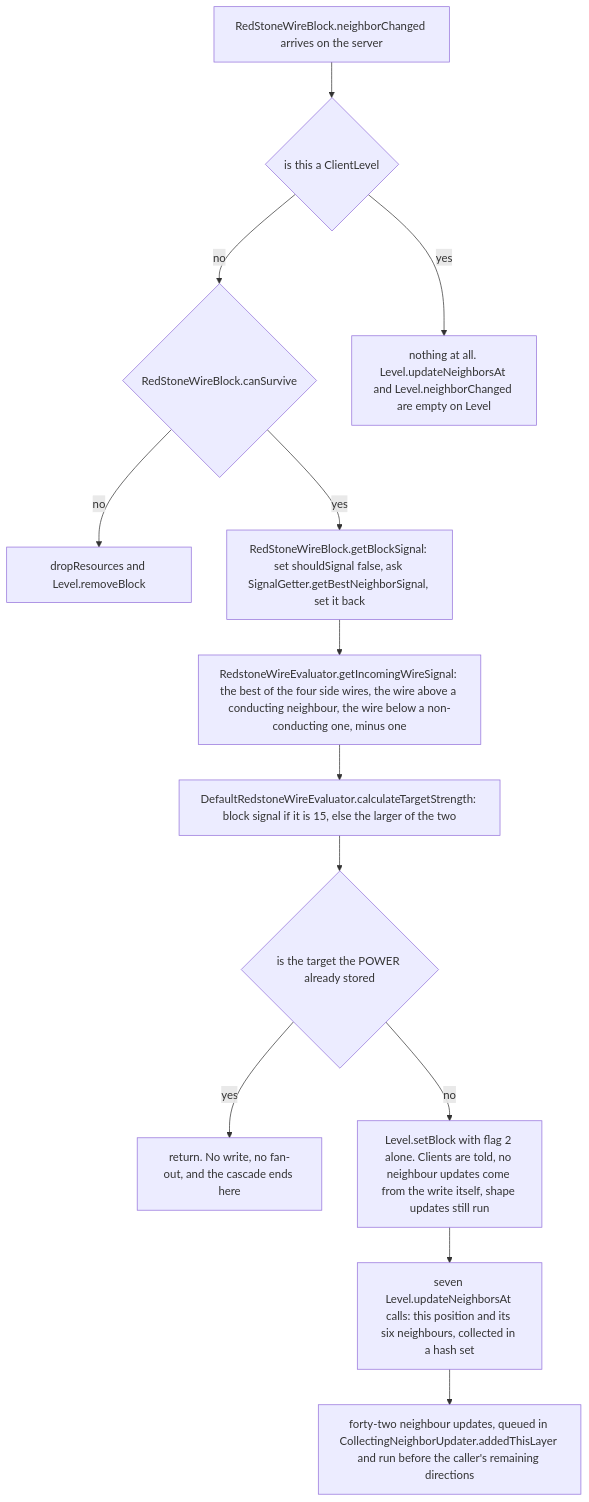
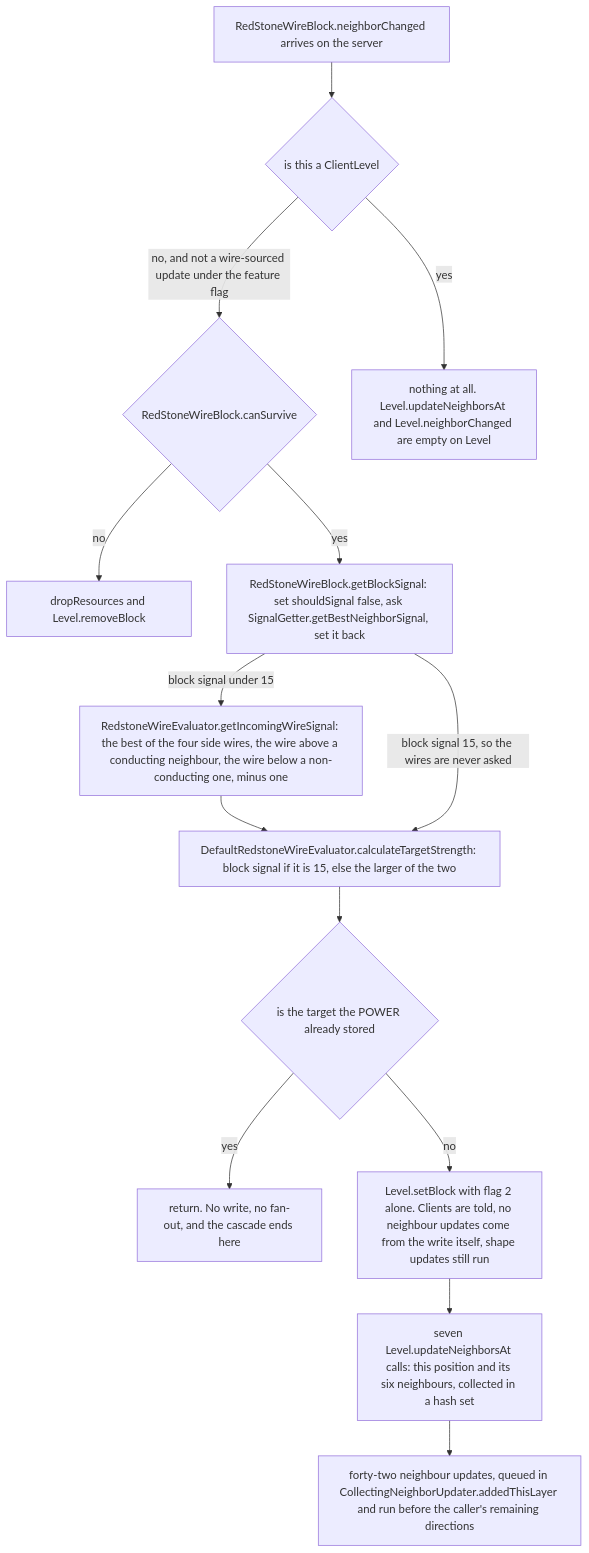
Before and after one commit to AlexanderjFraser/MinecraftDocs: the first of 2 diagrams in src/systems/blocks/signal-and-dust.md, drawn with Mermaid. The commit also changed other lines of this file and 13 other files, not shown here.

````diff
--- a/src/systems/blocks/signal-and-dust.md
+++ b/src/systems/blocks/signal-and-dust.md
@@ -41,24 +43,26 @@
 ```mermaid
 flowchart TB
     IN["RedStoneWireBlock.neighborChanged arrives on the server"]
     CLIENT{"is this a ClientLevel"}
     SURV{"RedStoneWireBlock.canSurvive"}
     DROP["dropResources and Level.removeBlock"]
     NOTHING["nothing at all. Level.updateNeighborsAt and Level.neighborChanged are empty on Level"]
     BLK["RedStoneWireBlock.getBlockSignal: set shouldSignal false, ask SignalGetter.getBestNeighborSignal, set it back"]
     WIRE["RedstoneWireEvaluator.getIncomingWireSignal: the best of the four side wires, the wire above a conducting neighbour, the wire below a non-conducting one, minus one"]
     TARGET["DefaultRedstoneWireEvaluator.calculateTargetStrength: block signal if it is 15, else the larger of the two"]
     SAME{"is the target the POWER already stored"}
     STOP["return. No write, no fan-out, and the cascade ends here"]
     WRITE["Level.setBlock with flag 2 alone. Clients are told, no neighbour updates come from the write itself, shape updates still run"]
     FAN["seven Level.updateNeighborsAt calls: this position and its six neighbours, collected in a hash set"]
     OUT["forty-two neighbour updates, queued in CollectingNeighborUpdater.addedThisLayer and run before the caller's remaining directions"]
     IN --> CLIENT
     CLIENT -- "yes" --> NOTHING
-    CLIENT -- "no" --> SURV
+    CLIENT -- "no, and not a wire-sourced update under the feature flag" --> SURV
     SURV -- "no" --> DROP
     SURV -- "yes" --> BLK
-    BLK --> WIRE --> TARGET --> SAME
+    BLK -- "block signal under 15" --> WIRE --> TARGET
+    BLK -- "block signal 15, so the wires are never asked" --> TARGET
+    TARGET --> SAME
     SAME -- "yes" --> STOP
     SAME -- "no" --> WRITE --> FAN --> OUT
 ```
````
